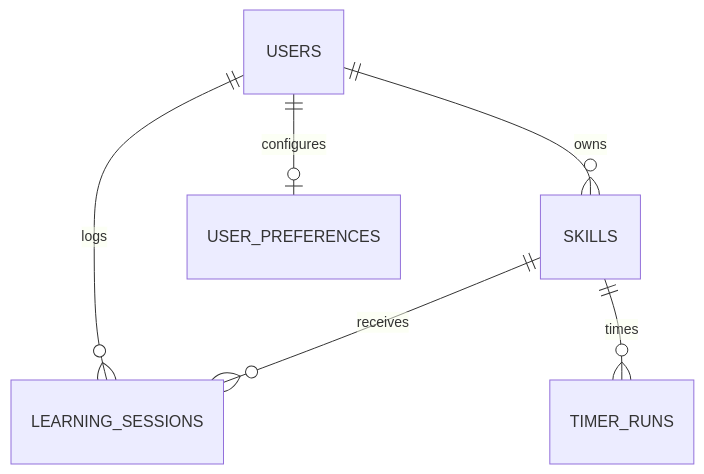
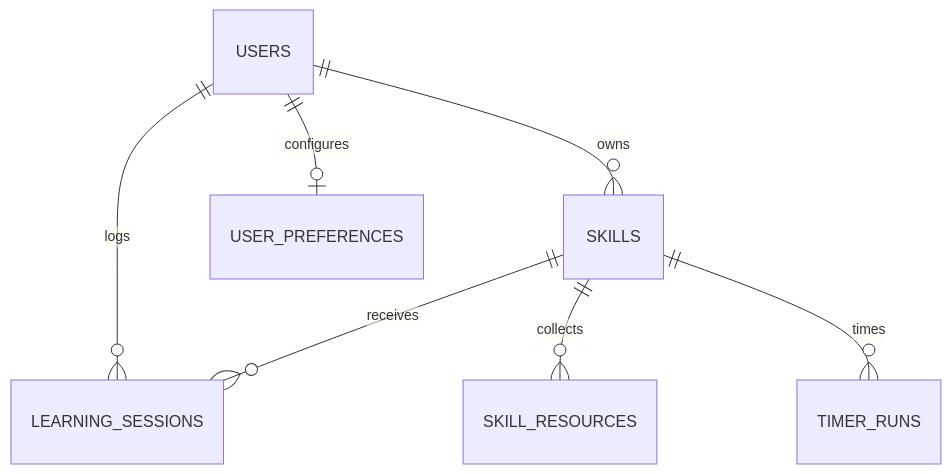
Before and after one commit to yaadevmohit/progress...: the diagram in docs/skills-tracker-schema.md, drawn with Mermaid. The commit also changed other lines of this file and 7 other files, not shown here.

Commit message:
Restore session button animation and add per-skill learning resources

````diff
--- a/docs/skills-tracker-schema.md
+++ b/docs/skills-tracker-schema.md
@@ -5,8 +5,9 @@
 ```mermaid
 erDiagram
   USERS ||--o{ SKILLS : owns
   USERS ||--o{ LEARNING_SESSIONS : logs
   SKILLS ||--o{ LEARNING_SESSIONS : receives
+  SKILLS ||--o{ SKILL_RESOURCES : collects
   SKILLS ||--o{ TIMER_RUNS : times
   USERS ||--o| USER_PREFERENCES : configures
 ```
````
